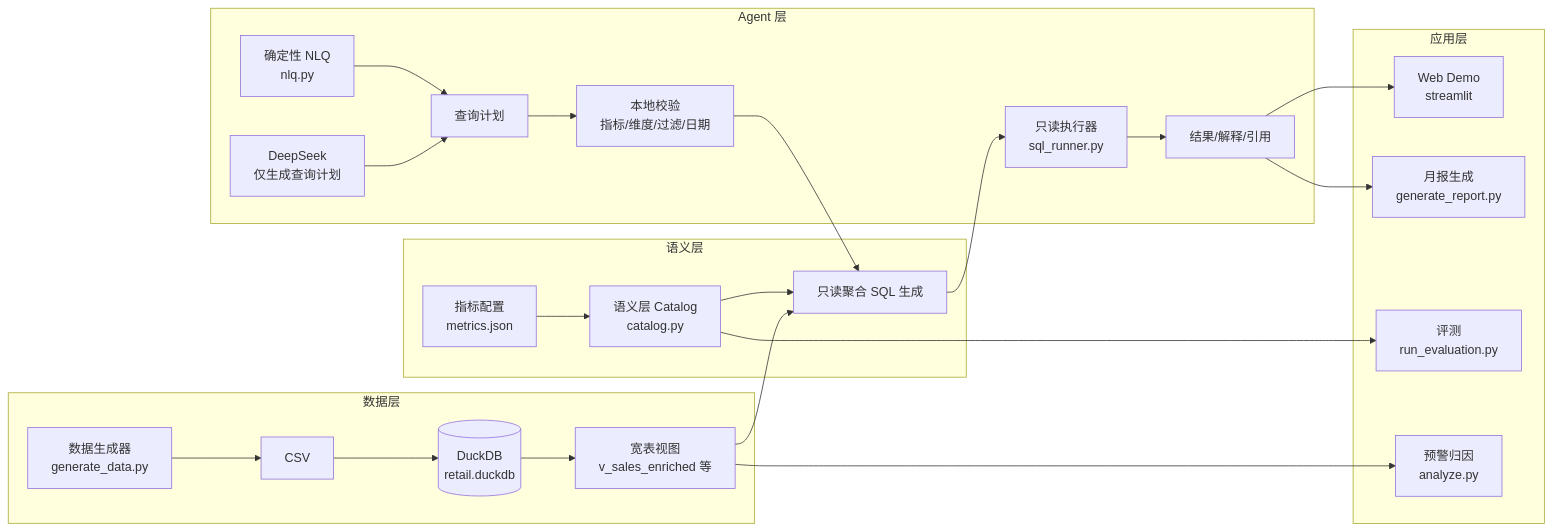
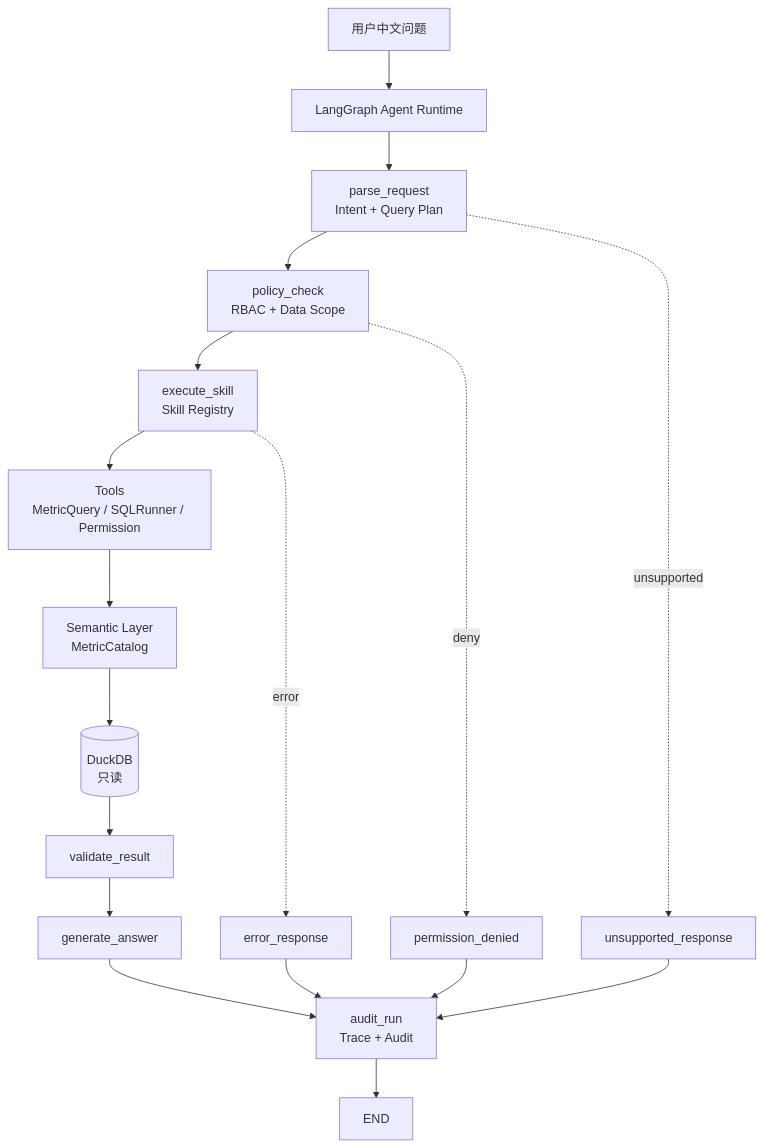
The diagram in README.md (jonji886/retail-data-agent), drawn with Mermaid before and after one commit. The commit also changed other lines of this file and 46 other files, not shown here.

````diff
--- a/README.md
+++ b/README.md
@@ -175,35 +196,17 @@
 ```mermaid
-flowchart LR
-    subgraph 数据层
-        A[数据生成器<br/>generate_data.py] --> B[CSV]
-        B --> C[(DuckDB<br/>retail.duckdb)]
-        C --> D[宽表视图<br/>v_sales_enriched 等]
-    end
-
-    subgraph 语义层
-        E[指标配置<br/>metrics.json] --> F[语义层 Catalog<br/>catalog.py]
-        F --> G[只读聚合 SQL 生成]
-    end
-
-    subgraph Agent 层
-        H[确定性 NLQ<br/>nlq.py] --> I[查询计划]
-        J[DeepSeek<br/>仅生成查询计划] --> I
-        I --> K[本地校验<br/>指标/维度/过滤/日期]
-        K --> G
-        G --> L[只读执行器<br/>sql_runner.py]
-        L --> M[结果/解释/引用]
-    end
-
-    subgraph 应用层
-        N[Web Demo<br/>streamlit]
-        O[月报生成<br/>generate_report.py]
-        P[评测<br/>run_evaluation.py]
-        Q[预警归因<br/>analyze.py]
-    end
-
-    D --> G
-    M --> N
-    M --> O
-    F --> P
-    D --> Q
+flowchart TD
+    U[用户中文问题] --> AGENT[LangGraph Agent Runtime]
+    AGENT --> PARSE[parse_request<br/>Intent + Query Plan]
+    PARSE --> POLICY[policy_check<br/>RBAC + Data Scope]
+    POLICY --> SKILL[execute_skill<br/>Skill Registry]
+    SKILL --> TOOLS[Tools<br/>MetricQuery / SQLRunner / Permission]
+    TOOLS --> SEM[Semantic Layer<br/>MetricCatalog]
+    SEM --> DB[(DuckDB<br/>只读)]
+    DB --> VAL[validate_result]
+    VAL --> ANS[generate_answer]
+    ANS --> AUDIT[audit_run<br/>Trace + Audit]
+    AUDIT --> END_NODE[END]
+    PARSE -. unsupported .-> UNSUP[unsupported_response] --> AUDIT
+    POLICY -. deny .-> DENIED[permission_denied] --> AUDIT
+    SKILL -. error .-> ERR[error_response] --> AUDIT
 ```
````
